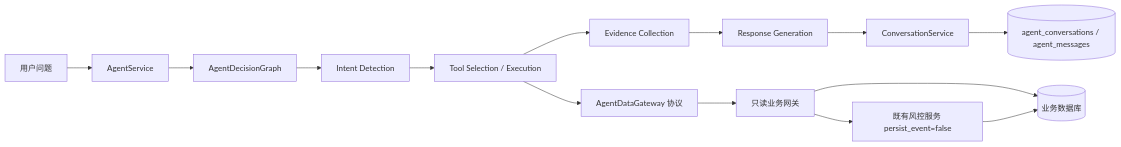
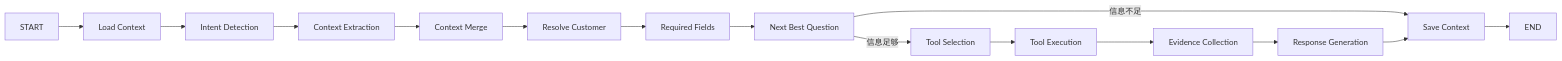
Before and after one commit to Lee-zc2007/yiwu_trading_agent: the diagram in docs/agent-framework.md, drawn with Mermaid. The commit also changed other lines of this file and 77 other files, not shown here.

````diff
--- a/docs/agent-framework.md
+++ b/docs/agent-framework.md
@@ -5,16 +9,17 @@
 ```mermaid
 flowchart LR
-  U["用户问题"] --> S["AgentService"]
-  S --> GRAPH["AgentDecisionGraph"]
-  GRAPH --> I["Intent Detection"]
-  I --> T["Tool Selection / Execution"]
-  T --> R["Evidence Collection"]
-  T --> GW["AgentDataGateway 协议"]
-  GW --> B["只读业务网关"]
-  B --> RISK["既有风控服务 persist_event=false"]
-  B --> D[("业务数据库")]
-  RISK --> D
-  R --> A["Response Generation"]
-  A --> C["ConversationService"]
-  C --> M[("agent_conversations / agent_messages")]
+  START --> LOAD["Load Context"]
+  LOAD --> INTENT["Intent Detection"]
+  INTENT --> EXTRACT["Context Extraction"]
+  EXTRACT --> MERGE["Context Merge"]
+  MERGE --> RESOLVE["Resolve Customer"]
+  RESOLVE --> REQUIRED["Required Fields"]
+  REQUIRED --> QUESTION["Next Best Question"]
+  QUESTION -->|信息不足| SAVE["Save Context"]
+  QUESTION -->|信息足够| SELECT["Tool Selection"]
+  SELECT --> EXECUTE["Tool Execution"]
+  EXECUTE --> EVIDENCE["Evidence Collection"]
+  EVIDENCE --> RESPONSE["Response Generation"]
+  RESPONSE --> SAVE
+  SAVE --> END
 ```
````
